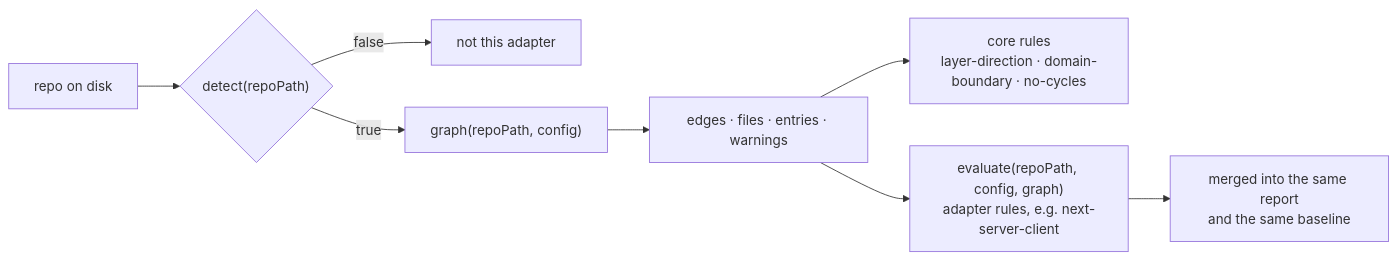
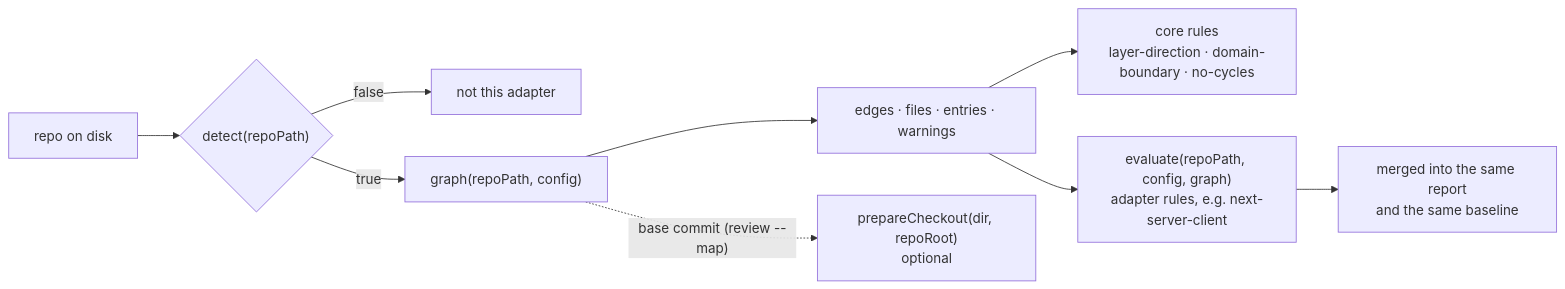
The diagram in docs/adapter-contract.md (fredarcito/reins), drawn with Mermaid before and after one commit. The commit also changed other lines of this file and 33 other files, not shown here.

Commit message:
Add Schema

````diff
--- a/docs/adapter-contract.md
+++ b/docs/adapter-contract.md
@@ -5,10 +5,11 @@
 ```mermaid
 flowchart LR
     repo["repo on disk"] --> detect{"detect(repoPath)"}
     detect -- "false" --> skip["not this adapter"]
     detect -- "true" --> graphfn["graph(repoPath, config)"]
     graphfn --> g["edges · files · entries · warnings"]
     g --> core["core rules<br/>layer-direction · domain-boundary · no-cycles"]
     g --> evaluate["evaluate(repoPath, config, graph)<br/>adapter rules, e.g. next-server-client"]
     evaluate --> core2["merged into the same report<br/>and the same baseline"]
+    graphfn -. "base commit (review --map)" .-> prep["prepareCheckout(dir, repoRoot)<br/>optional"]
 ```
````
